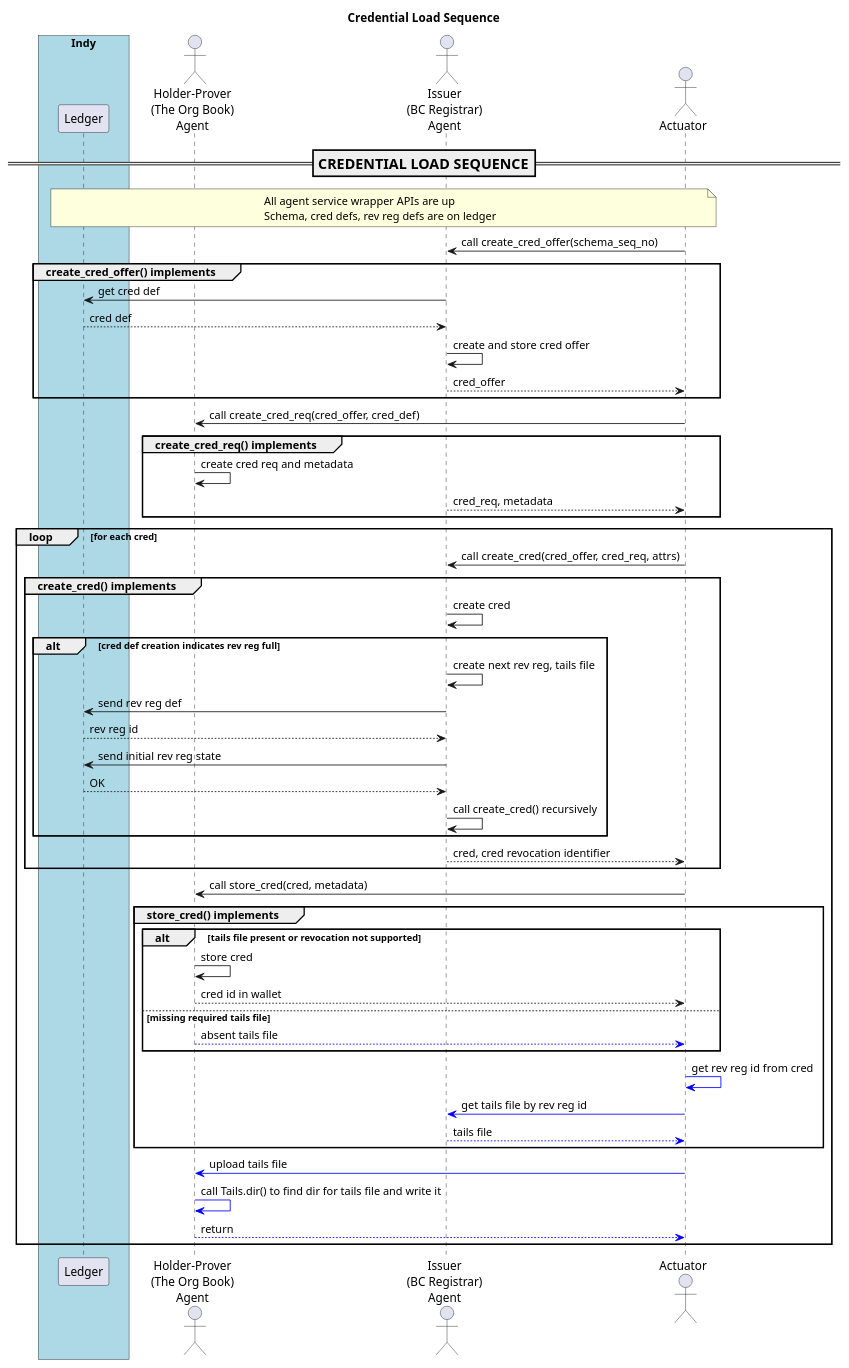
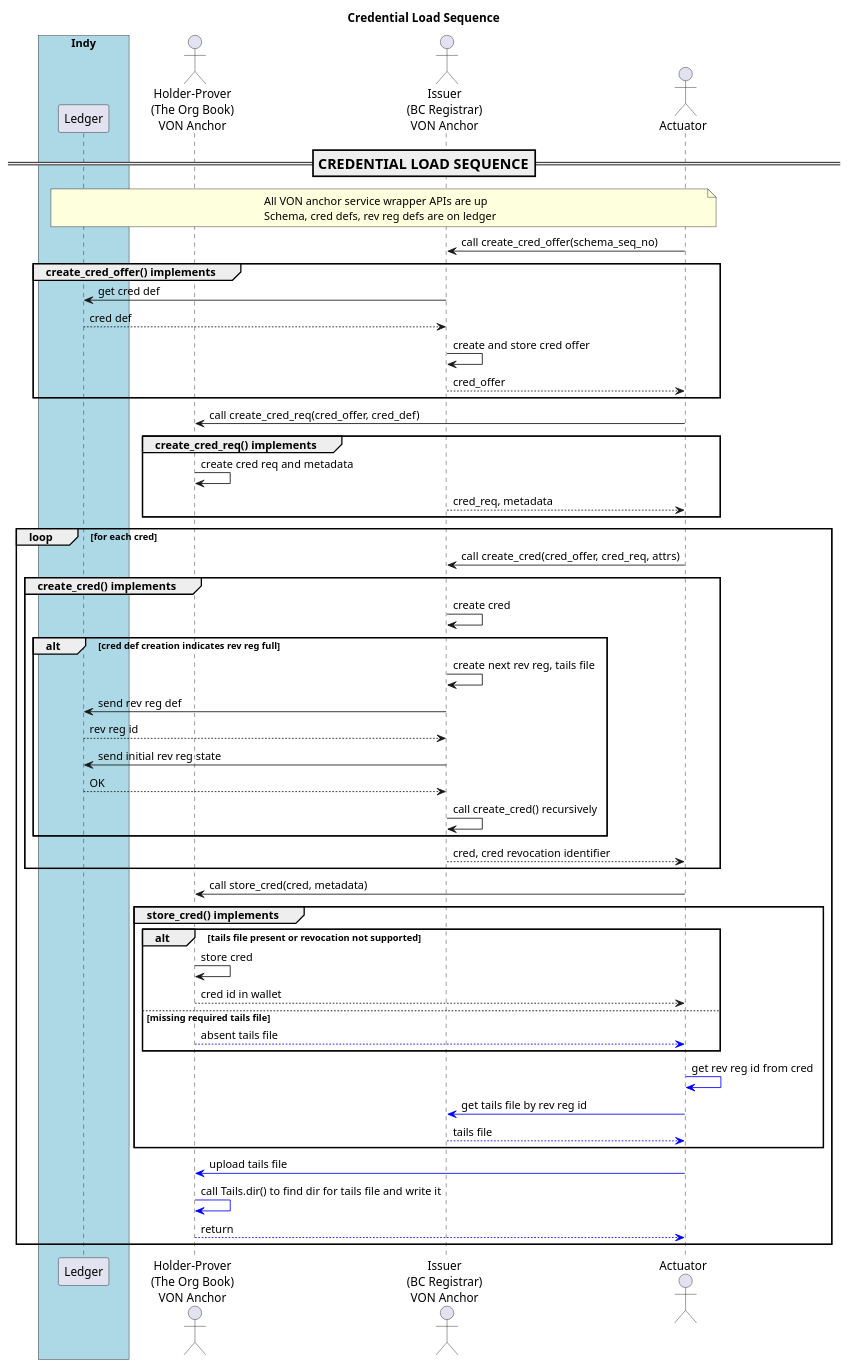
Before and after one commit to PSPC-SPAC-buyandsell/von_base: the diagram in doc/pic/src/cred-load.puml, drawn with PlantUML. The commit also changed 35 other files, not shown here.

Commit message:
great renaming: von_agent becomes von_anchor

```diff
--- a/doc/pic/src/cred-load.puml
+++ b/doc/pic/src/cred-load.puml
@@ -1,84 +1,84 @@
 @startuml
 /'
 Copyright 2017-2018 Government of Canada - Public Services and Procurement Canada - buyandsell.gc.ca
 
 Licensed under the Apache License, Version 2.0 (the "License");
 you may not use this file except in compliance with the License.
 You may obtain a copy of the License at
 
 http://www.apache.org/licenses/LICENSE-2.0
 
 Unless required by applicable law or agreed to in writing, software
 distributed under the License is distributed on an "AS IS" BASIS,
 WITHOUT WARRANTIES OR CONDITIONS OF ANY KIND, either express or implied.
 See the License for the specific language governing permissions and
 limitations under the License.
 '/
 
 skinparam ParticipantPadding 20
 skinparam BoxPadding 20
 
 title Credential Load Sequence
 
 box "Indy" #LightBlue
     participant "Ledger" as ledger
 endbox
 
-actor "Holder-Prover\n(The Org Book)\nAgent" as obag
-actor "Issuer\n(BC Registrar)\nAgent" as bcrag
+actor "Holder-Prover\n(The Org Book)\nVON Anchor" as oban
+actor "Issuer\n(BC Registrar)\nVON Anchor" as bcran
 actor "Actuator" as ator
 
 === CREDENTIAL LOAD SEQUENCE ==
 
 note over ledger, ator
-All agent service wrapper APIs are up
-Schema, cred defs, rev reg defs are on ledger
+    All VON anchor service wrapper APIs are up
+    Schema, cred defs, rev reg defs are on ledger
 endnote
 
-ator -> bcrag: call create_cred_offer(schema_seq_no)
+ator -> bcran: call create_cred_offer(schema_seq_no)
 group create_cred_offer() implements
-    bcrag -> ledger: get cred def
-    ledger --> bcrag: cred def
-    bcrag -> bcrag: create and store cred offer
-    bcrag --> ator: cred_offer
+    bcran -> ledger: get cred def
+    ledger --> bcran: cred def
+    bcran -> bcran: create and store cred offer
+    bcran --> ator: cred_offer
 end
 
-ator -> obag: call create_cred_req(cred_offer, cred_def)
+ator -> oban: call create_cred_req(cred_offer, cred_def)
 group create_cred_req() implements
-    obag -> obag: create cred req and metadata
-    bcrag --> ator: cred_req, metadata
+    oban -> oban: create cred req and metadata
+    bcran --> ator: cred_req, metadata
 end
 
 loop for each cred
-    ator -> bcrag: call create_cred(cred_offer, cred_req, attrs)
+    ator -> bcran: call create_cred(cred_offer, cred_req, attrs)
     group create_cred() implements
-        bcrag -> bcrag: create cred
+        bcran -> bcran: create cred
         alt cred def creation indicates rev reg full
-            bcrag -> bcrag: create next rev reg, tails file
-            bcrag -> ledger: send rev reg def
-            ledger --> bcrag: rev reg id
-            bcrag -> ledger: send initial rev reg state
-            ledger --> bcrag: OK
-            bcrag -> bcrag: call create_cred() recursively
+            bcran -> bcran: create next rev reg, tails file
+            bcran -> ledger: send rev reg def
+            ledger --> bcran: rev reg id
+            bcran -> ledger: send initial rev reg state
+            ledger --> bcran: OK
+            bcran -> bcran: call create_cred() recursively
         end
-        bcrag --> ator: cred, cred revocation identifier
+        bcran --> ator: cred, cred revocation identifier
     end
 
-    ator -> obag: call store_cred(cred, metadata)
+    ator -> oban: call store_cred(cred, metadata)
     group store_cred() implements
         alt tails file present or revocation not supported
-            obag -> obag: store cred
-            obag --> ator: cred id in wallet
+            oban -> oban: store cred
+            oban --> ator: cred id in wallet
         else missing required tails file
-            obag -[#blue]-> ator: absent tails file
+            oban -[#blue]-> ator: absent tails file
         end
         ator -[#blue]> ator: get rev reg id from cred
-        ator -[#blue]> bcrag: get tails file by rev reg id
-        bcrag -[#blue]-> ator: tails file
+        ator -[#blue]> bcran: get tails file by rev reg id
+        bcran -[#blue]-> ator: tails file
     end
-    ator -[#blue]> obag: upload tails file
-    obag -[#blue]> obag: call Tails.dir() to find dir for tails file and write it
-    obag -[#blue]-> ator: return
+    ator -[#blue]> oban: upload tails file
+    oban -[#blue]> oban: call Tails.dir() to find dir for tails file and write it
+    oban -[#blue]-> ator: return
 end
 
 @enduml
```
